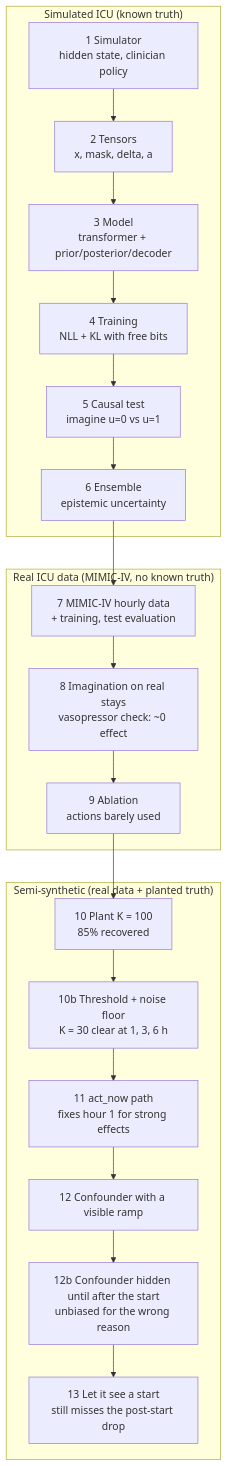
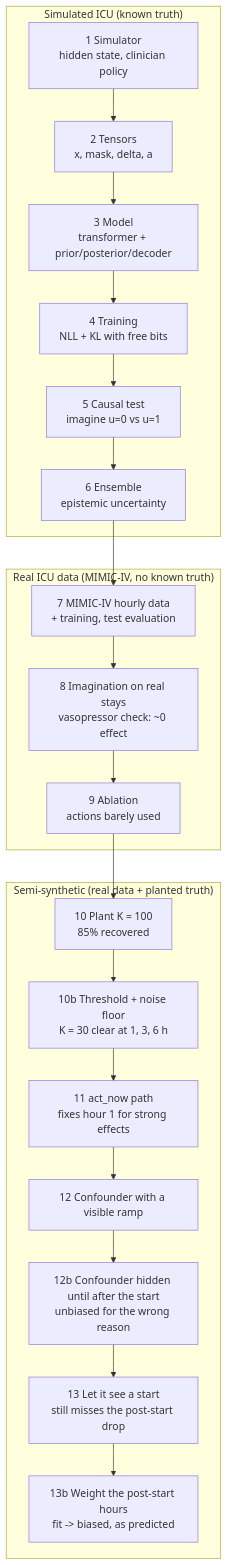
One commit to seyedhasanmirhoseini1367/icu-world-model changed the first of 3 diagrams in docs/JOURNEY.md. Above: the diagram before and after it, drawn with Mermaid. The commit also changed other lines of this file and 4 other files, not shown here.

First line of the commit message:
Stage 13b results: forcing the post-start fit brings in the hidden confounding

````diff
--- a/docs/JOURNEY.md
+++ b/docs/JOURNEY.md
@@ -10,23 +10,24 @@
 ```mermaid
 flowchart TD
     subgraph SIM["Simulated ICU (known truth)"]
         S1["1 Simulator<br/>hidden state, clinician policy"] --> S2["2 Tensors<br/>x, mask, delta, a"]
         S2 --> S3["3 Model<br/>transformer + prior/posterior/decoder"]
         S3 --> S4["4 Training<br/>NLL + KL with free bits"]
         S4 --> S5["5 Causal test<br/>imagine u=0 vs u=1"]
         S5 --> S6["6 Ensemble<br/>epistemic uncertainty"]
     end
     subgraph REAL["Real ICU data (MIMIC-IV, no known truth)"]
         S7["7 MIMIC-IV hourly data<br/>+ training, test evaluation"] --> S8["8 Imagination on real stays<br/>vasopressor check: ~0 effect"]
         S8 --> S9["9 Ablation<br/>actions barely used"]
     end
     subgraph SEMI["Semi-synthetic (real data + planted truth)"]
         S10["10 Plant K = 100<br/>85% recovered"] --> S10b["10b Threshold + noise floor<br/>K = 30 clear at 1, 3, 6 h"]
         S10b --> S11["11 act_now path<br/>fixes hour 1 for strong effects"]
         S11 --> S12["12 Confounder with a visible ramp"]
         S12 --> S12b["12b Confounder hidden until after the start<br/>unbiased for the wrong reason"]
         S12b --> S13["13 Let it see a start<br/>still misses the post-start drop"]
+        S13 --> S13b["13b Weight the post-start hours<br/>fit -> biased, as predicted"]
     end
     S6 --> S7
     S9 --> S10
 ```
````
